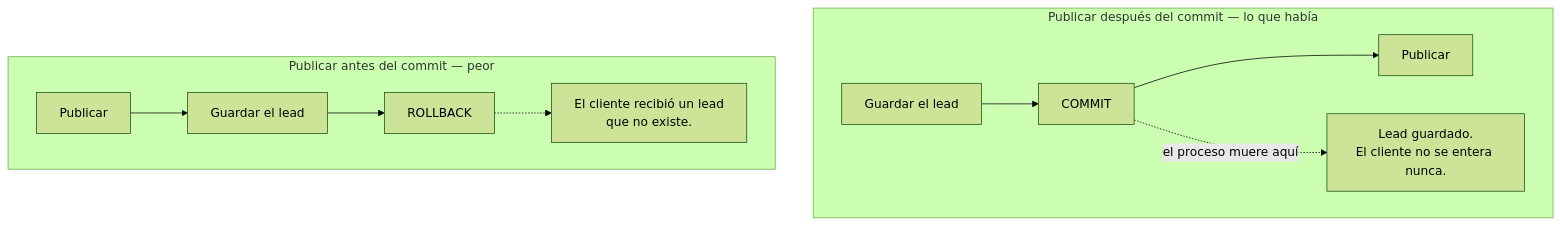
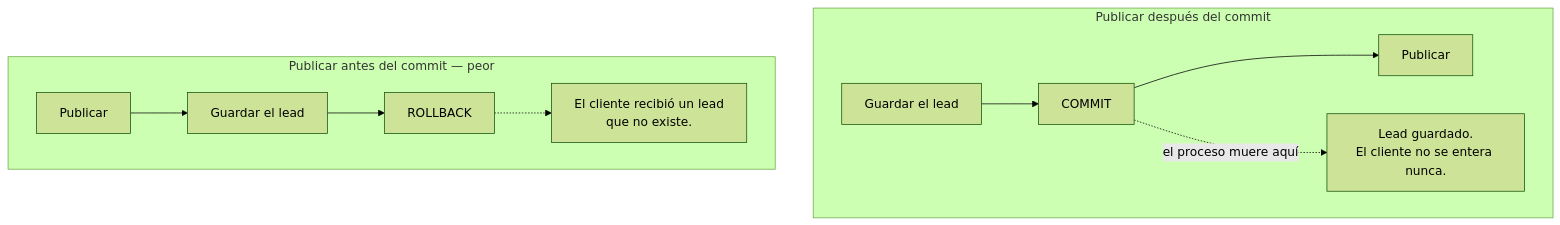
One commit to MDCIrony/leads-hexa changed the first of 2 diagrams in docs/content/eventos/outbox.md. Above: the diagram before and after it, drawn with Mermaid (forest theme). The commit also changed other lines of this file and 18 other files, not shown here.

````diff
--- a/docs/content/eventos/outbox.md
+++ b/docs/content/eventos/outbox.md
@@ -14,11 +14,11 @@
 ```mermaid
 flowchart TB
-    subgraph antes["Publicar después del commit — lo que había"]
+    subgraph antes["Publicar después del commit"]
         A1["Guardar el lead"] --> A2["COMMIT"] --> A3["Publicar"]
         A2 -.->|el proceso muere aquí| A4["Lead guardado.<br/>El cliente no se entera nunca."]
     end
     subgraph tampoco["Publicar antes del commit — peor"]
         B1["Publicar"] --> B2["Guardar el lead"] --> B3["ROLLBACK"]
         B3 -.-> B4["El cliente recibió un lead<br/>que no existe."]
     end
 ```
````
